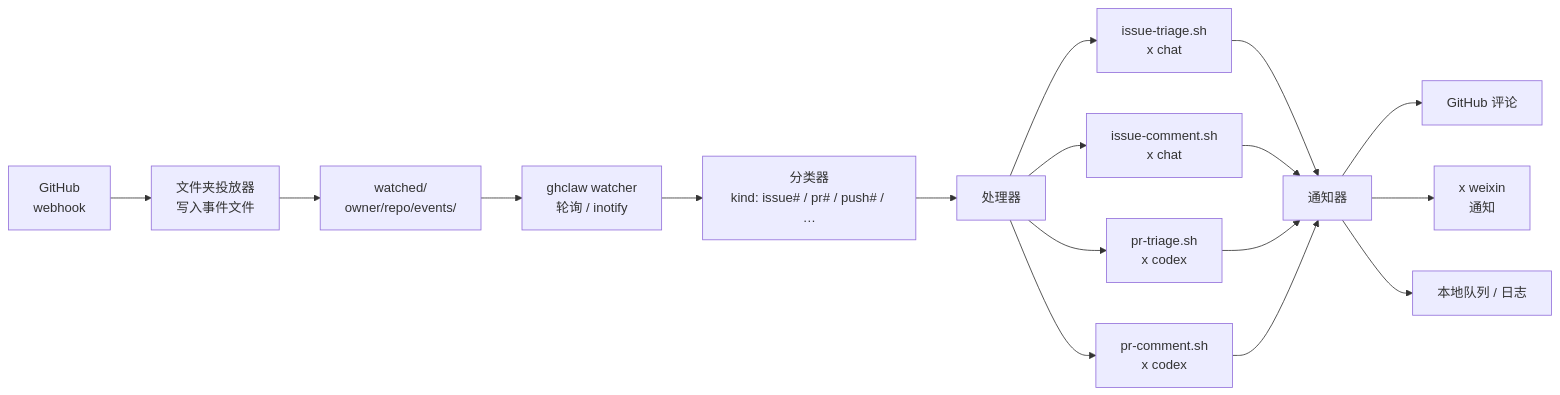
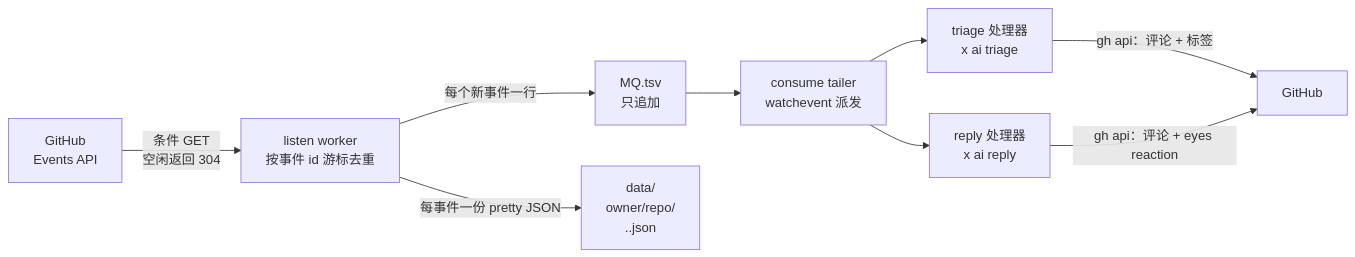
One commit to qiakai/x-cmd-ghclaw changed the diagram in docs/0-ghclaw-landing.cn.md. Above: the diagram before and after it, drawn with Mermaid. The commit also changed other lines of this file and 11 other files, not shown here.

````diff
--- a/docs/0-ghclaw-landing.cn.md
+++ b/docs/0-ghclaw-landing.cn.md
@@ -145,19 +174,11 @@
 ```mermaid
 flowchart LR
-  A[GitHub<br/>webhook] --> B[文件夹投放器<br/>写入事件文件]
-  B --> C[watched/<br/>owner/repo/events/]
-  C --> D[ghclaw watcher<br/>轮询 / inotify]
-  D --> E[分类器<br/>kind: issue# / pr# / push# / …]
-  E --> F[处理器]
-  F --> F1[issue-triage.sh<br/>x chat]
-  F --> F2[issue-comment.sh<br/>x chat]
-  F --> F3[pr-triage.sh<br/>x codex]
-  F --> F4[pr-comment.sh<br/>x codex]
-  F1 --> G[通知器]
-  F2 --> G
-  F3 --> G
-  F4 --> G
-  G --> H[GitHub 评论]
-  G --> I[x weixin<br/>通知]
-  G --> J[本地队列 / 日志]
+  A[GitHub<br/>Events API] -->|条件 GET<br/>空闲返回 304| B[listen worker<br/>按事件 id 游标去重]
+  B -->|每个新事件一行| C[MQ.tsv<br/>只追加]
+  B -->|每事件一份 pretty JSON| D["data/<br/>owner/repo/<br/><type>.<id>.json"]
+  C --> E[consume tailer<br/>watchevent 派发]
+  E --> F[triage 处理器<br/>x ai triage]
+  E --> G[reply 处理器<br/>x ai reply]
+  F -->|gh api：评论 + 标签| H[GitHub]
+  G -->|gh api：评论 + eyes reaction| H
 ```
````
